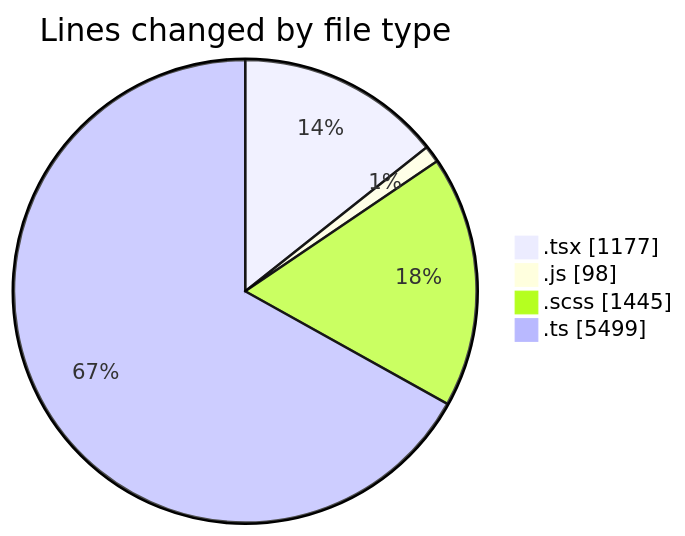
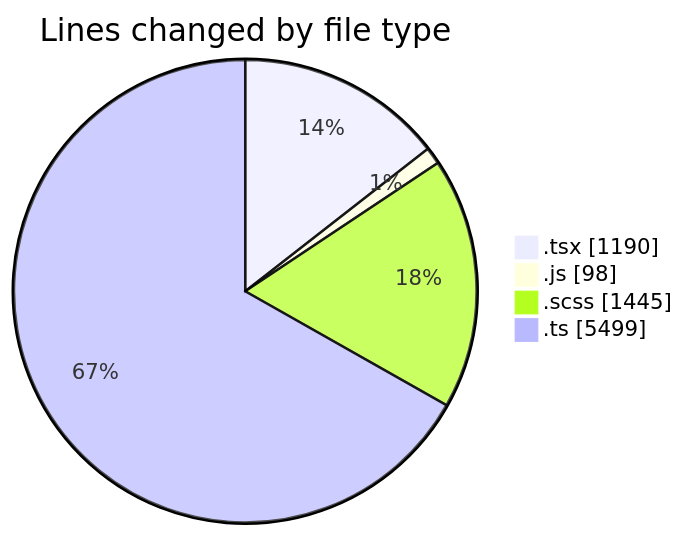
One commit to momahboobian/code-tracking changed the first of 2 diagrams in 2025-03-31/cda/README.md. Above: the diagram before and after it, drawn with Mermaid. The commit also changed other lines of this file and 1 other file, not shown here.

````diff
--- a/2025-03-31/cda/README.md
+++ b/2025-03-31/cda/README.md
@@ -39,8 +39,8 @@
 ```mermaid
 pie showData
 title Lines changed by file type
-".tsx" : 1177
+".tsx" : 1190
 ".js" : 98
 ".scss" : 1445
 ".ts" : 5499
 ```
````
